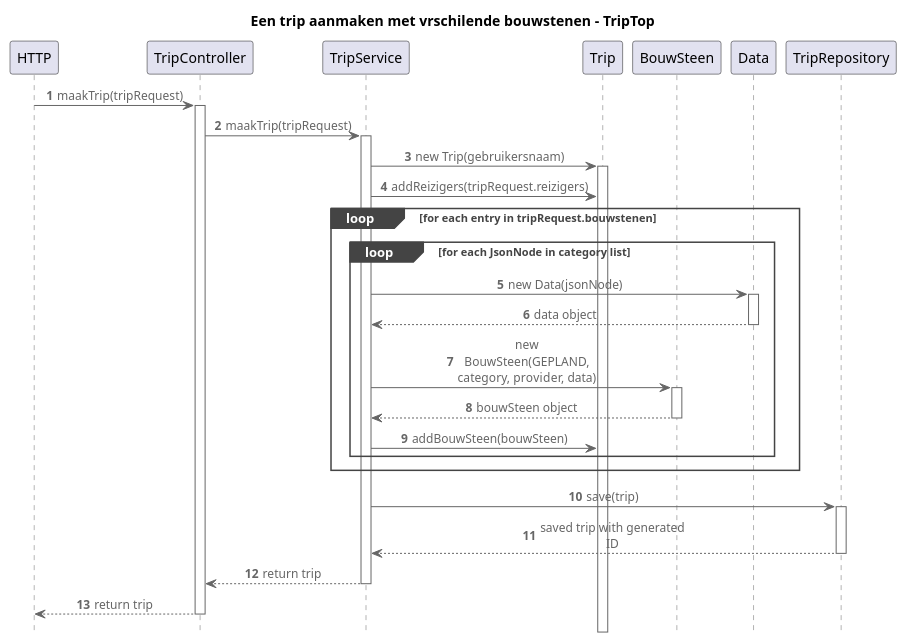
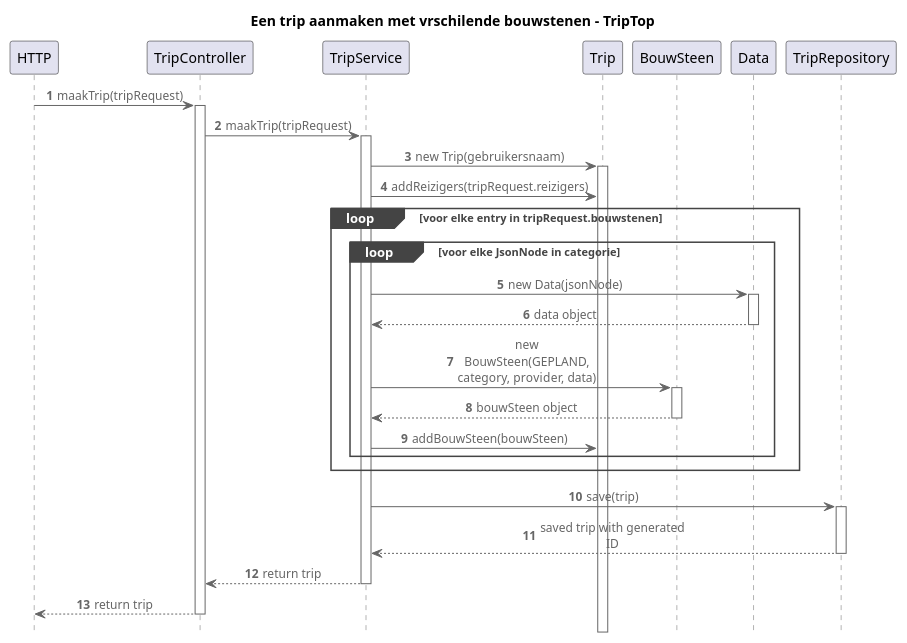
Before and after one commit to AIM-ENE-feb25/triptop-livingin-s-pain-nouri-siebe-boris: the diagram in opdracht-diagrammen/Groeps-diagram/ProtoSequenceDiagram.puml, drawn with PlantUML. The commit also changed 9 other files, not shown here.

```diff
--- a/opdracht-diagrammen/Groeps-diagram/ProtoSequenceDiagram.puml
+++ b/opdracht-diagrammen/Groeps-diagram/ProtoSequenceDiagram.puml
@@ -1,56 +1,56 @@
 @startuml
 !include https://raw.githubusercontent.com/plantuml-stdlib/C4-PlantUML/master/C4_Sequence.puml
 
 title Een trip aanmaken met vrschilende bouwstenen - TripTop
 autonumber
 
 
 participant "HTTP" as Client
 participant "TripController" as Controller
 participant "TripService" as Service
 participant "Trip" as Trip
 participant "BouwSteen" as BouwSteen
 participant "Data" as Data
 participant "TripRepository" as Repository
 
 Client -> Controller: maakTrip(tripRequest)
 activate Controller
 
 Controller -> Service: maakTrip(tripRequest)
 activate Service
 
 Service -> Trip: new Trip(gebruikersnaam)
 activate Trip
 
 Service -> Trip: addReizigers(tripRequest.reizigers)
 
-loop for each entry in tripRequest.bouwstenen
+loop voor elke entry in tripRequest.bouwstenen
 
 
-    loop for each JsonNode in category list
+    loop voor elke JsonNode in categorie
         Service -> Data: new Data(jsonNode)
         activate Data
         Data --> Service: data object
         deactivate Data
 
         Service -> BouwSteen: new BouwSteen(GEPLAND, category, provider, data)
         activate BouwSteen
         BouwSteen --> Service: bouwSteen object
         deactivate BouwSteen
 
         Service -> Trip: addBouwSteen(bouwSteen)
     end
 end
 
 Service -> Repository: save(trip)
 activate Repository
 Repository --> Service: saved trip with generated ID
 deactivate Repository
 
 Service --> Controller: return trip
 deactivate Service
 
 Controller --> Client: return trip
 deactivate Controller
 
 @enduml
```
